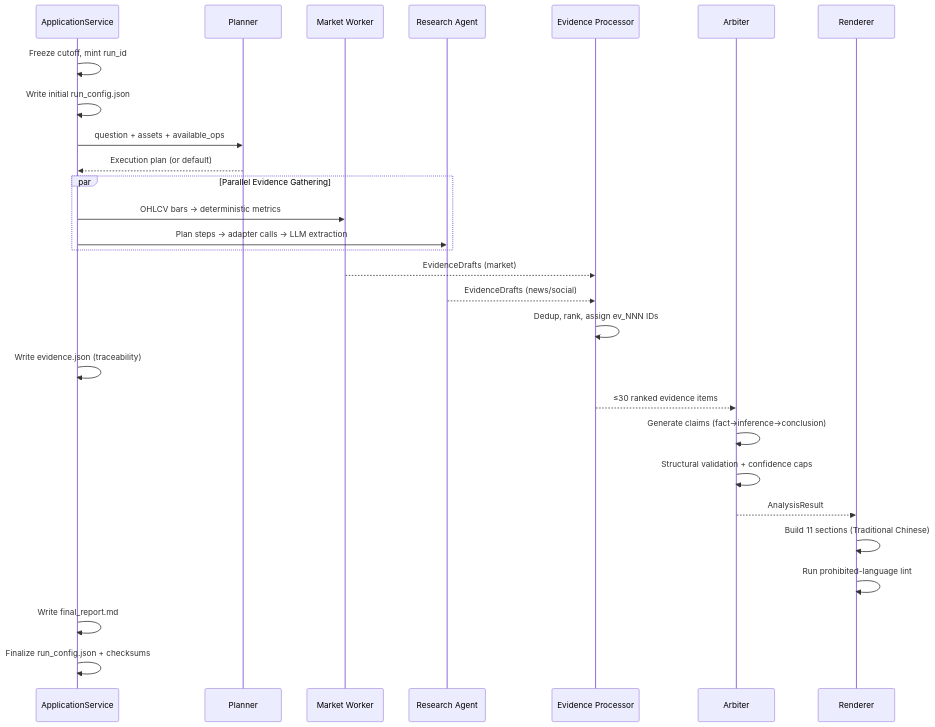
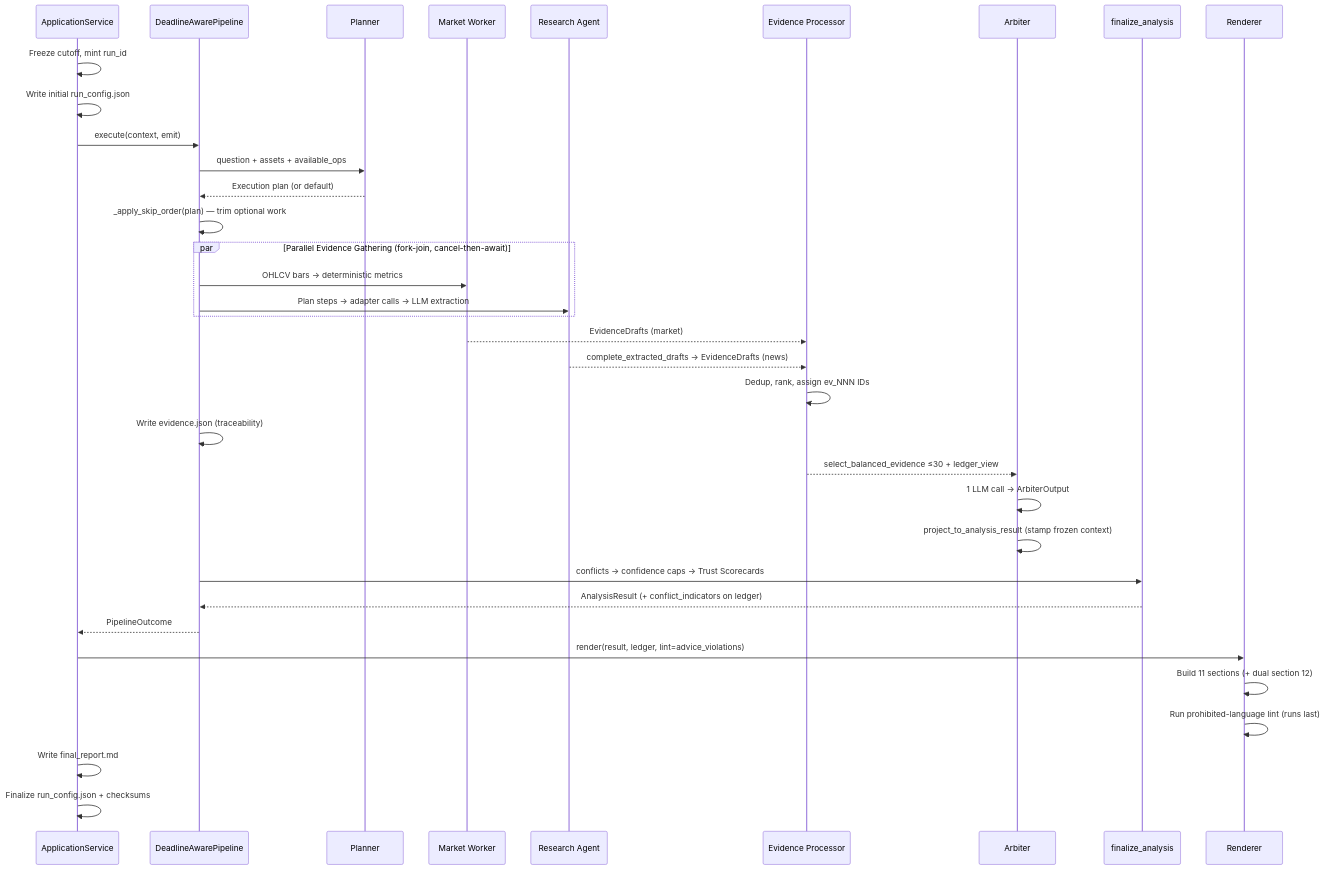
The third of 6 diagrams in .agents/summary/architecture.md (kevinzeroCode/hoya-bit-hackathon-agent), drawn with Mermaid before and after one commit. The commit also changed other lines of this file and 15 other files, not shown here.

````diff
--- a/.agents/summary/architecture.md
+++ b/.agents/summary/architecture.md
@@ -103,35 +136,42 @@
 ```mermaid
 sequenceDiagram
     participant App as ApplicationService
+    participant Pipe as DeadlineAwarePipeline
     participant Plan as Planner
     participant MW as Market Worker
     participant RA as Research Agent
     participant EP as Evidence Processor
     participant Arb as Arbiter
+    participant Fin as finalize_analysis
     participant Ren as Renderer
 
     App->>App: Freeze cutoff, mint run_id
     App->>App: Write initial run_config.json
-    App->>Plan: question + assets + available_ops
-    Plan-->>App: Execution plan (or default)
-    
-    par Parallel Evidence Gathering
-        App->>MW: OHLCV bars → deterministic metrics
-        App->>RA: Plan steps → adapter calls → LLM extraction
+    App->>Pipe: execute(context, emit)
+    Pipe->>Plan: question + assets + available_ops
+    Plan-->>Pipe: Execution plan (or default)
+    Pipe->>Pipe: _apply_skip_order(plan) — trim optional work
+
+    par Parallel Evidence Gathering (fork-join, cancel-then-await)
+        Pipe->>MW: OHLCV bars → deterministic metrics
+        Pipe->>RA: Plan steps → adapter calls → LLM extraction
     end
 
     MW-->>EP: EvidenceDrafts (market)
-    RA-->>EP: EvidenceDrafts (news/social)
+    RA-->>EP: complete_extracted_drafts → EvidenceDrafts (news)
     EP->>EP: Dedup, rank, assign ev_NNN IDs
-    App->>App: Write evidence.json (traceability)
-    
-    EP-->>Arb: ≤30 ranked evidence items
-    Arb->>Arb: Generate claims (fact→inference→conclusion)
-    Arb->>Arb: Structural validation + confidence caps
-    Arb-->>Ren: AnalysisResult
-    
-    Ren->>Ren: Build 11 sections (Traditional Chinese)
-    Ren->>Ren: Run prohibited-language lint
+    Pipe->>Pipe: Write evidence.json (traceability)
+
+    EP-->>Arb: select_balanced_evidence ≤30 + ledger_view
+    Arb->>Arb: 1 LLM call → ArbiterOutput
+    Arb->>Arb: project_to_analysis_result (stamp frozen context)
+    Pipe->>Fin: conflicts → confidence caps → Trust Scorecards
+    Fin-->>Pipe: AnalysisResult (+ conflict_indicators on ledger)
+    Pipe-->>App: PipelineOutcome
+
+    App->>Ren: render(result, ledger, lint=advice_violations)
+    Ren->>Ren: Build 11 sections (+ dual section 12)
+    Ren->>Ren: Run prohibited-language lint (runs last)
     App->>App: Write final_report.md
     App->>App: Finalize run_config.json + checksums
 ```
````
